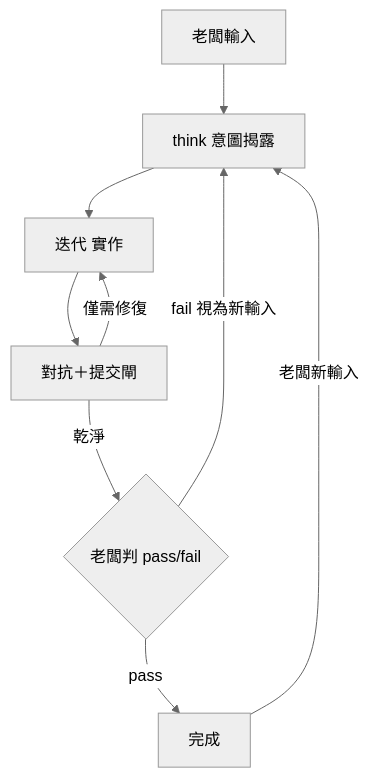
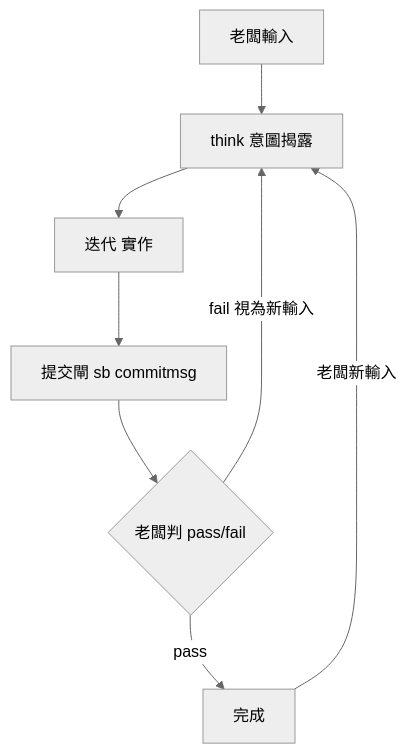
The second of 4 diagrams in skills/shiftblame/SKILL.md (teps3105/shiftblame), drawn with Mermaid (neutral theme) before and after one commit. The commit also changed other lines of this file and 31 other files, not shown here.

````diff
--- a/skills/shiftblame/SKILL.md
+++ b/skills/shiftblame/SKILL.md
@@ -86,11 +86,10 @@
 ```mermaid
 flowchart TB
     BOSS[老闆輸入] --> THINK[think 意圖揭露]
     THINK --> IT[迭代 實作]
-    IT --> ADV[對抗＋提交閘]
-    ADV -->|僅需修復| IT
-    ADV -->|乾淨| JUDGE{老闆判 pass/fail}
+    IT --> CM[提交閘 sb commitmsg]
+    CM --> JUDGE{老闆判 pass/fail}
     JUDGE -->|fail 視為新輸入| THINK
     JUDGE -->|pass| NEXT[完成]
     NEXT -->|老闆新輸入| THINK
 ```
````
